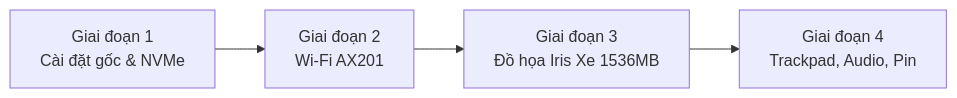
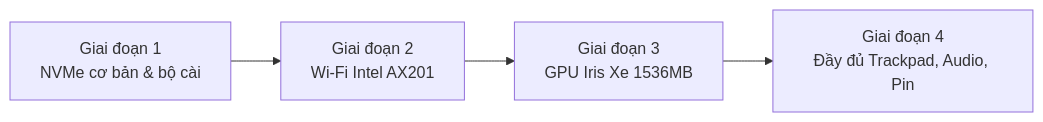
The diagram in README_VI.md (khoanguyen1808/ASUS-VivoBook-X421EA-Hackintosh), drawn with Mermaid before and after one commit. The commit also changed other lines of this file, not shown here.

````diff
--- a/README_VI.md
+++ b/README_VI.md
@@ -113,6 +109,6 @@
 ```mermaid
 flowchart LR
-    A["Giai đoạn 1<br/>Cài đặt gốc & NVMe"] --> B["Giai đoạn 2<br/>Wi-Fi AX201"]
-    B --> C["Giai đoạn 3<br/>Đồ họa Iris Xe 1536MB"]
-    C --> D["Giai đoạn 4<br/>Trackpad, Audio, Pin"]
+    A["Giai đoạn 1<br/>NVMe cơ bản & bộ cài"] --> B["Giai đoạn 2<br/>Wi-Fi Intel AX201"]
+    B --> C["Giai đoạn 3<br/>GPU Iris Xe 1536MB"]
+    C --> D["Giai đoạn 4<br/>Đầy đủ Trackpad, Audio, Pin"]
 ```
````
